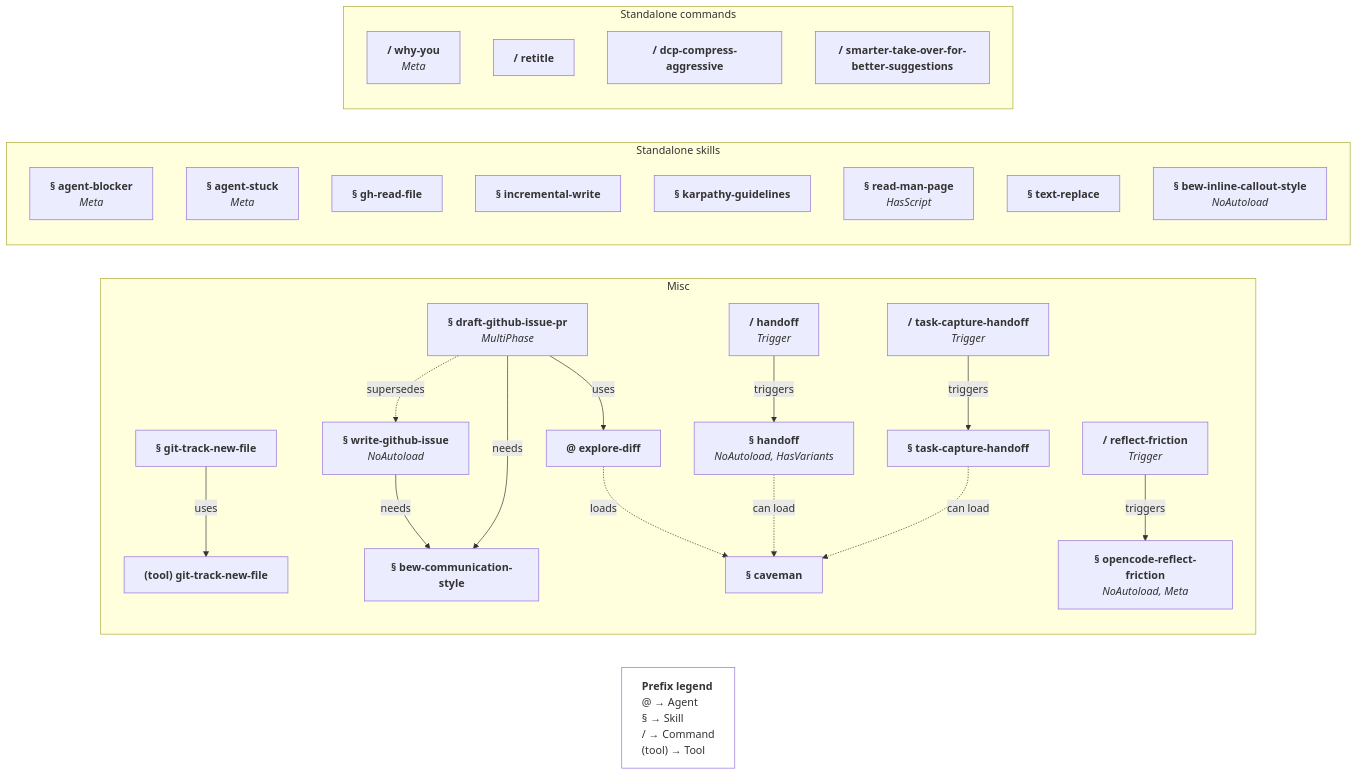
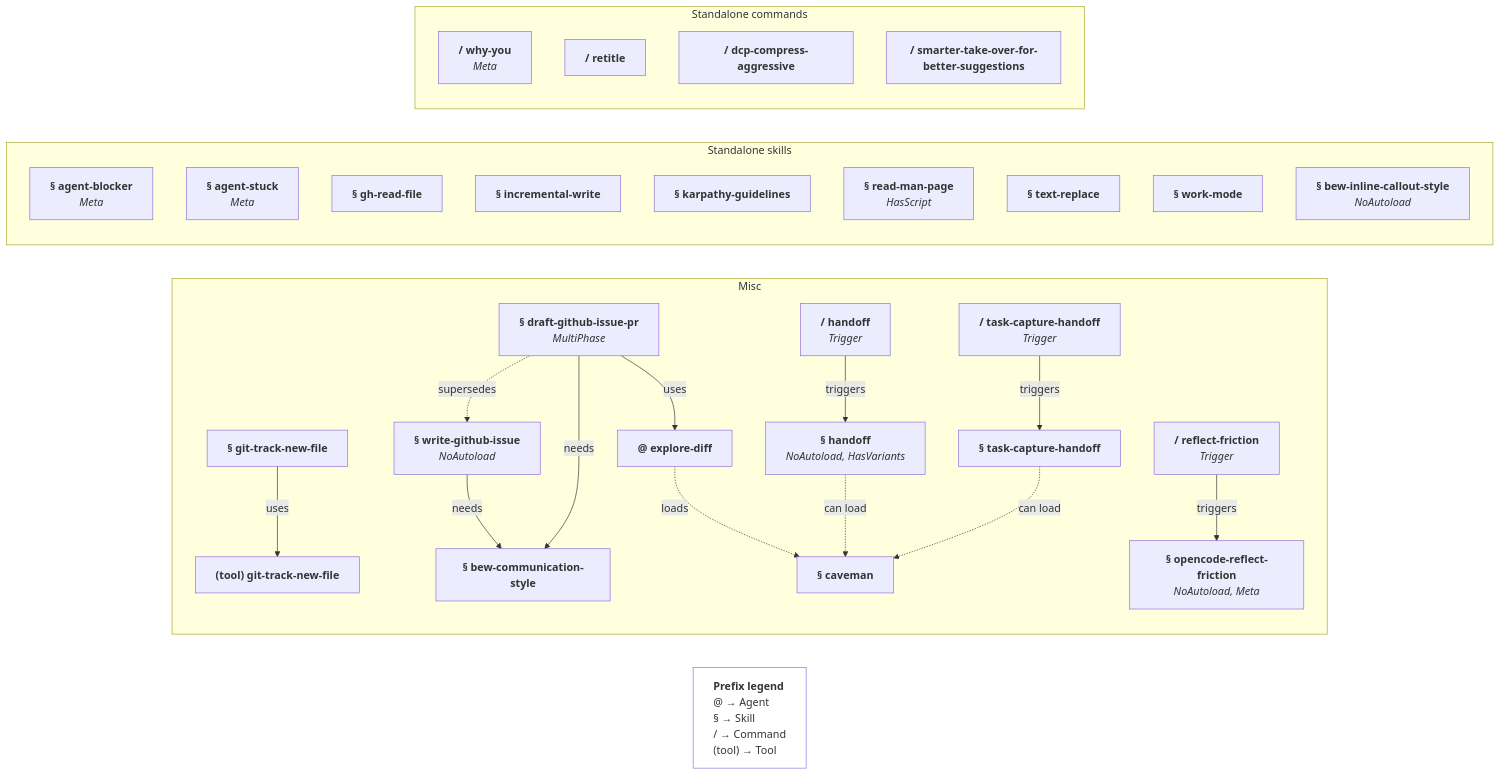
Before and after one commit to bew/dotfiles: the second of 2 diagrams in opencode/MY_AI_STUFF.md, drawn with Mermaid. The commit also changed other lines of this file and 3 other files, not shown here.

First line of the commit message:
oc: Init work-mode skill for "step by step" / "walk me through" flows

````diff
--- a/opencode/MY_AI_STUFF.md
+++ b/opencode/MY_AI_STUFF.md
@@ -116,51 +116,52 @@
 ```mermaid
 flowchart LR
   %% explore-diff is duplicated from the complex graph; it is not part of any group.
   ag_explore_diff["<b>@ explore-diff</b>"]
   legend["<b>Prefix legend</b><br/>@ → Agent<br/>§ → Skill<br/>/ → Command<br/>(tool) → Tool"]
   style legend text-align:left,fill:none
 
   subgraph misc[Misc]
     sk_handoff["<b>§ handoff</b><br/><i>NoAutoload, HasVariants</i>"]
     sk_task_capture["<b>§ task-capture-handoff</b>"]
     sk_git_track_skill["<b>§ git-track-new-file</b>"]
     tool_git_track["<b>(tool) git-track-new-file</b>"]
     sk_github_issue["<b>§ write-github-issue</b><br/><i>NoAutoload</i>"]
     sk_draft_gh["<b>§ draft-github-issue-pr</b><br/><i>MultiPhase</i>"]
     sk_bew_comm_style["<b>§ bew-communication-style</b>"]
     sk_cav["<b>§ caveman</b>"]
     sk_reflect_frict["<b>§ opencode-reflect-friction</b><br/><i>NoAutoload, Meta</i>"]
     cmd_handoff["<b>/ handoff</b><br/><i>Trigger</i>"]
     cmd_friction["<b>/ reflect-friction</b><br/><i>Trigger</i>"]
     cmd_task_capture["<b>/ task-capture-handoff</b><br/><i>Trigger</i>"]
     sk_git_track_skill -->|uses| tool_git_track
     sk_github_issue -->|needs| sk_bew_comm_style
     sk_draft_gh -->|needs| sk_bew_comm_style
     sk_draft_gh -->|uses| ag_explore_diff
     sk_draft_gh -. supersedes .-> sk_github_issue
     ag_explore_diff -. loads .-> sk_cav
     sk_handoff -. can load .-> sk_cav
     sk_task_capture -. can load .-> sk_cav
     cmd_handoff -->|triggers| sk_handoff
     cmd_friction -->|triggers| sk_reflect_frict
     cmd_task_capture -->|triggers| sk_task_capture
   end
 
   subgraph otherskills[Standalone skills]
     sk_agent_blocker["<b>§ agent-blocker</b><br/><i>Meta</i>"]
     sk_agent_stuck["<b>§ agent-stuck</b><br/><i>Meta</i>"]
     sk_gh_read_file["<b>§ gh-read-file</b>"]
     sk_incremental_write["<b>§ incremental-write</b>"]
     sk_karpathy["<b>§ karpathy-guidelines</b>"]
     sk_read_man_page["<b>§ read-man-page</b><br/><i>HasScript</i>"]
     sk_text_replace["<b>§ text-replace</b>"]
+    sk_work_mode["<b>§ work-mode</b>"]
     sk_bew_callout["<b>§ bew-inline-callout-style</b><br/><i>NoAutoload</i>"]
   end
 
   subgraph othercmds[Standalone commands]
     cmd_why_you["<b>/ why-you</b><br/><i>Meta</i>"]
     cmd_retitle["<b>/ retitle</b>"]
     cmd_dcp_aggressive["<b>/ dcp-compress-aggressive</b>"]
     cmd_smarter_takeover["<b>/ smarter-take-over-for-better-suggestions</b>"]
   end
 ```
````
